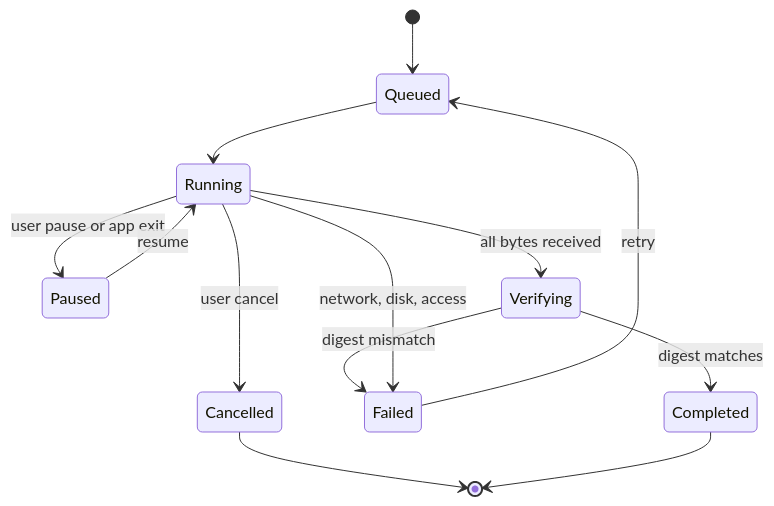
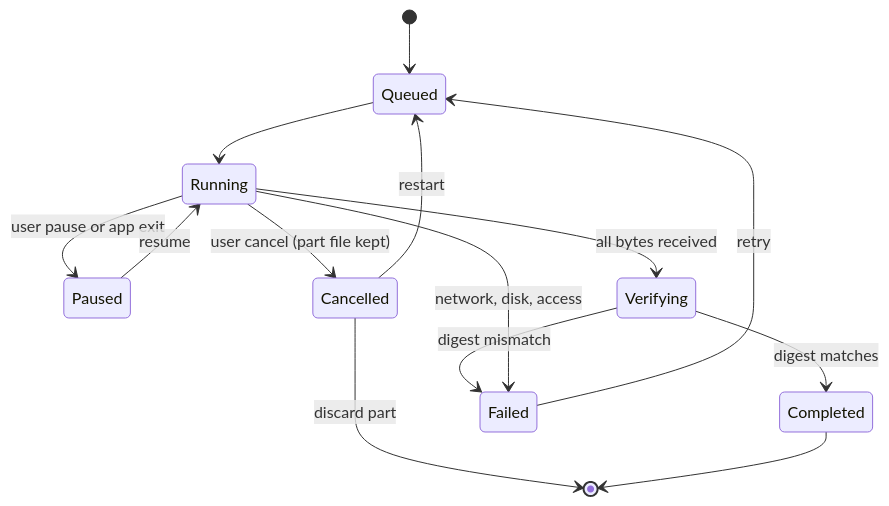
One commit to dexterhere/kvlm changed the sixth of 7 diagrams in docs/04-roadmap/m1/Diagrams.md. Above: the diagram before and after it, drawn with Mermaid. The commit also changed other lines of this file and 2 other files, not shown here.

````diff
--- a/docs/04-roadmap/m1/Diagrams.md
+++ b/docs/04-roadmap/m1/Diagrams.md
@@ -149,15 +142,16 @@
 ```mermaid
 stateDiagram-v2
     [*] --> Queued
     Queued --> Running
     Running --> Paused: user pause or app exit
     Paused --> Running: resume
     Running --> Verifying: all bytes received
     Verifying --> Completed: digest matches
     Verifying --> Failed: digest mismatch
     Running --> Failed: network, disk, access
     Failed --> Queued: retry
-    Running --> Cancelled: user cancel
-    Cancelled --> [*]
+    Running --> Cancelled: user cancel (part file kept)
+    Cancelled --> Queued: restart
+    Cancelled --> [*]: discard part
     Completed --> [*]
 ```
````
